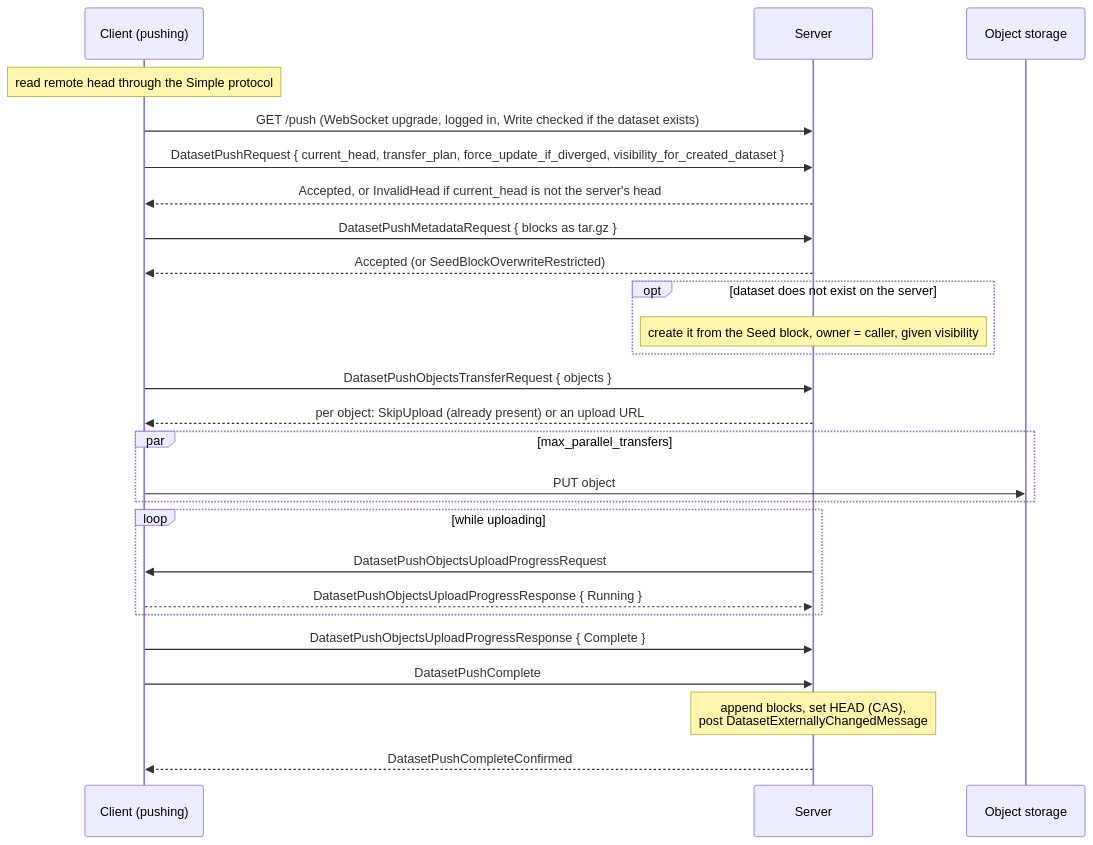
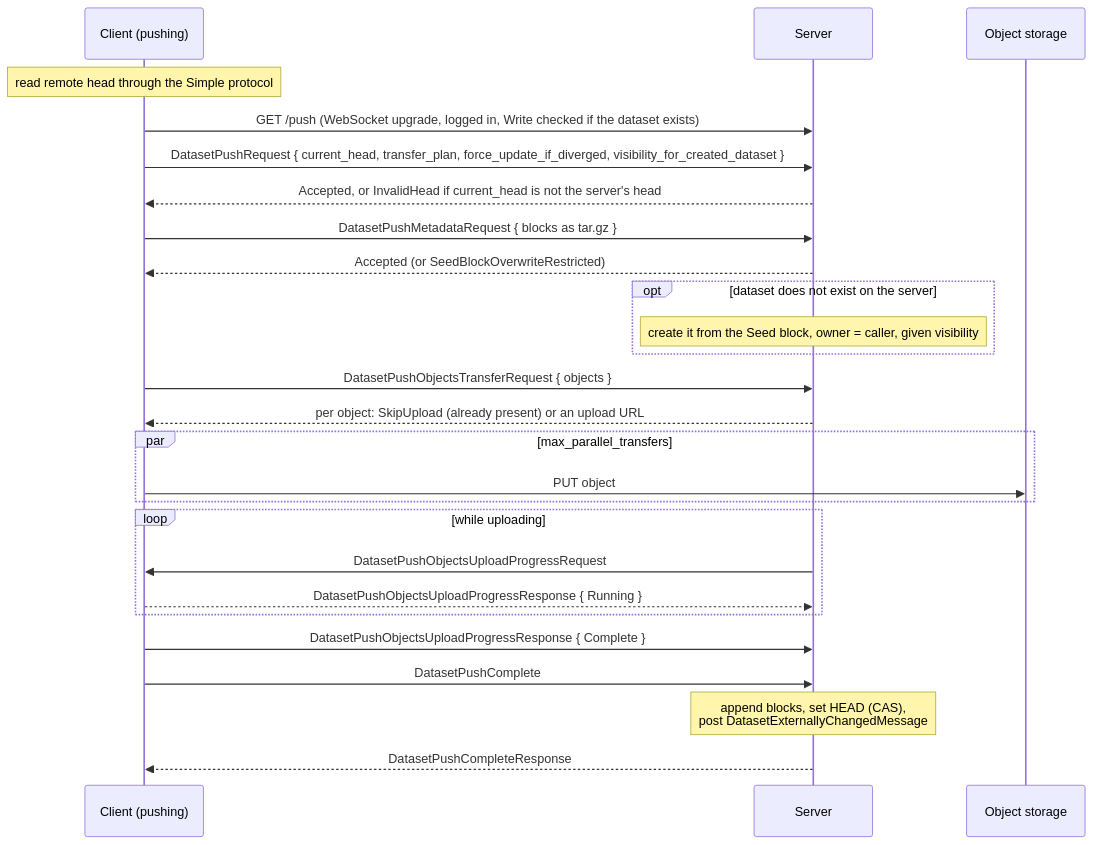
The third of 3 diagrams in docs/internal/dataset-sync.md (kamu-data/kamu-cli), drawn with Mermaid before and after one commit. The commit also changed other lines of this file and 26 other files, not shown here.

````diff
--- a/docs/internal/dataset-sync.md
+++ b/docs/internal/dataset-sync.md
@@ -279,28 +279,28 @@
 ```mermaid
 sequenceDiagram
     participant C as Client (pushing)
     participant S as Server
     participant O as Object storage
     Note over C: read remote head through the Simple protocol
     C->>S: GET /push (WebSocket upgrade, logged in, Write checked if the dataset exists)
     C->>S: DatasetPushRequest { current_head, transfer_plan, force_update_if_diverged, visibility_for_created_dataset }
     S-->>C: Accepted, or InvalidHead if current_head is not the server's head
     C->>S: DatasetPushMetadataRequest { blocks as tar.gz }
     S-->>C: Accepted (or SeedBlockOverwriteRestricted)
     opt dataset does not exist on the server
         Note over S: create it from the Seed block, owner = caller, given visibility
     end
     C->>S: DatasetPushObjectsTransferRequest { objects }
     S-->>C: per object: SkipUpload (already present) or an upload URL
     par max_parallel_transfers
         C->>O: PUT object
     end
     loop while uploading
         S->>C: DatasetPushObjectsUploadProgressRequest
         C-->>S: DatasetPushObjectsUploadProgressResponse { Running }
     end
     C->>S: DatasetPushObjectsUploadProgressResponse { Complete }
     C->>S: DatasetPushComplete
     Note over S: append blocks, set HEAD (CAS),<br/>post DatasetExternallyChangedMessage
-    S-->>C: DatasetPushCompleteConfirmed
+    S-->>C: DatasetPushCompleteResponse
 ```
````
